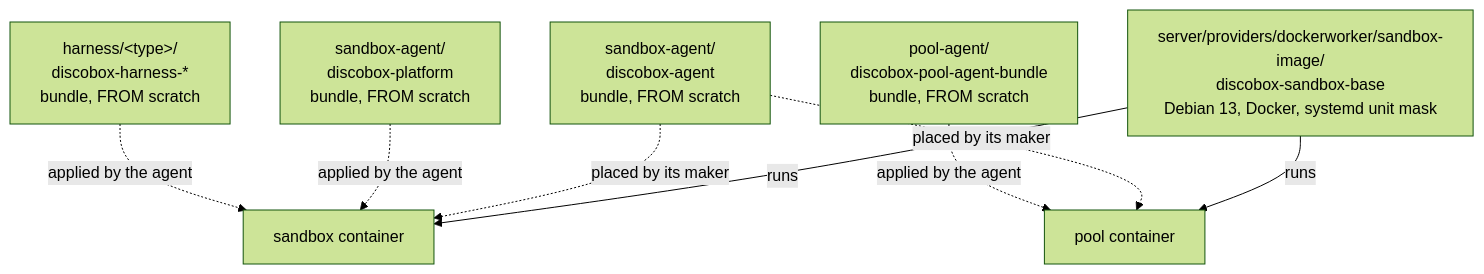
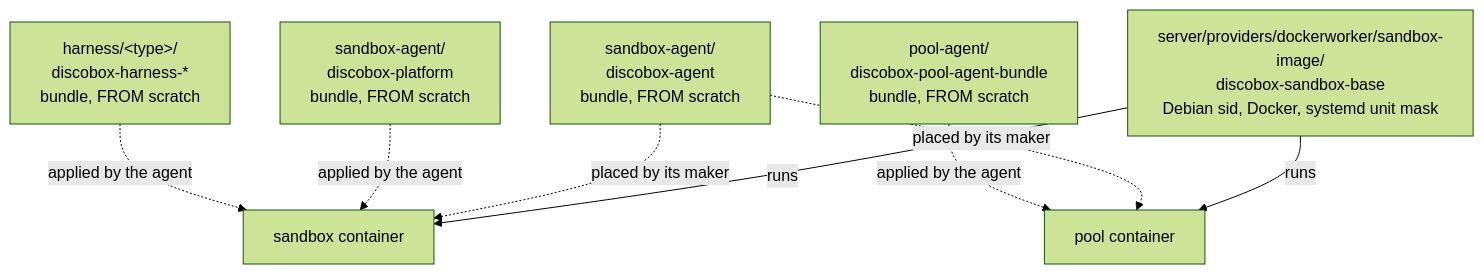
The fifth of 5 diagrams in DESIGN.md (discobox-ai/discobox), drawn with Mermaid (forest theme) before and after one commit. The commit also changed other lines of this file and 19 other files, not shown here.

````diff
--- a/DESIGN.md
+++ b/DESIGN.md
@@ -430,18 +430,18 @@
 ```mermaid
 flowchart TD
-    base["server/providers/dockerworker/sandbox-image/<br/>discobox-sandbox-base<br/>Debian 13, Docker, systemd unit mask"]
+    base["server/providers/dockerworker/sandbox-image/<br/>discobox-sandbox-base<br/>Debian sid, Docker, systemd unit mask"]
     agent["sandbox-agent/<br/>discobox-agent<br/>bundle, FROM scratch"]
     platform["sandbox-agent/<br/>discobox-platform<br/>bundle, FROM scratch"]
     bundle["harness/&lt;type&gt;/<br/>discobox-harness-*<br/>bundle, FROM scratch"]
     poolbundle["pool-agent/<br/>discobox-pool-agent-bundle<br/>bundle, FROM scratch"]
     box["sandbox container"]
     poolbox["pool container"]
 
     base -->|runs| box
     base -->|runs| poolbox
     agent -.->|placed by its maker| box
     agent -.->|placed by its maker| poolbox
     platform -.->|applied by the agent| box
     bundle -.->|applied by the agent| box
     poolbundle -.->|applied by the agent| poolbox
 ```
````
